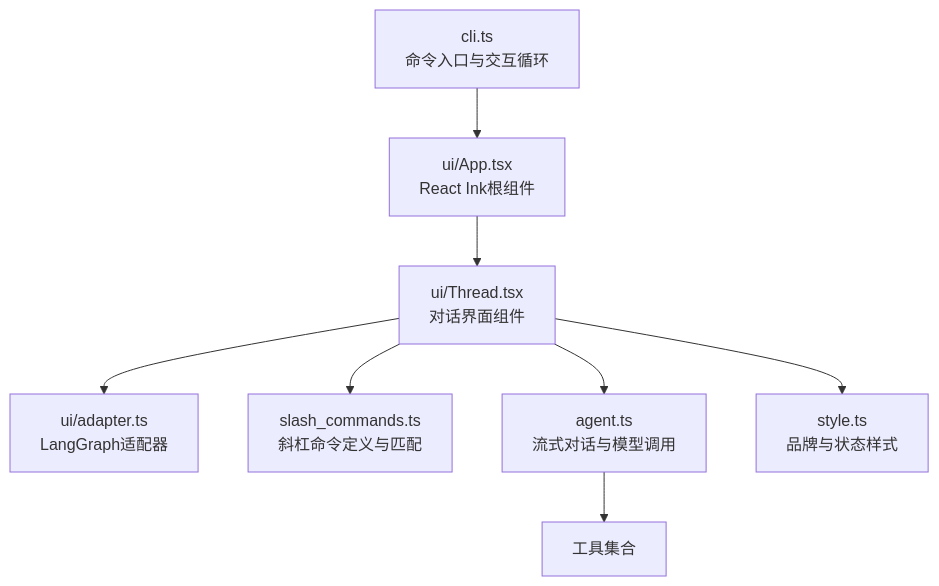
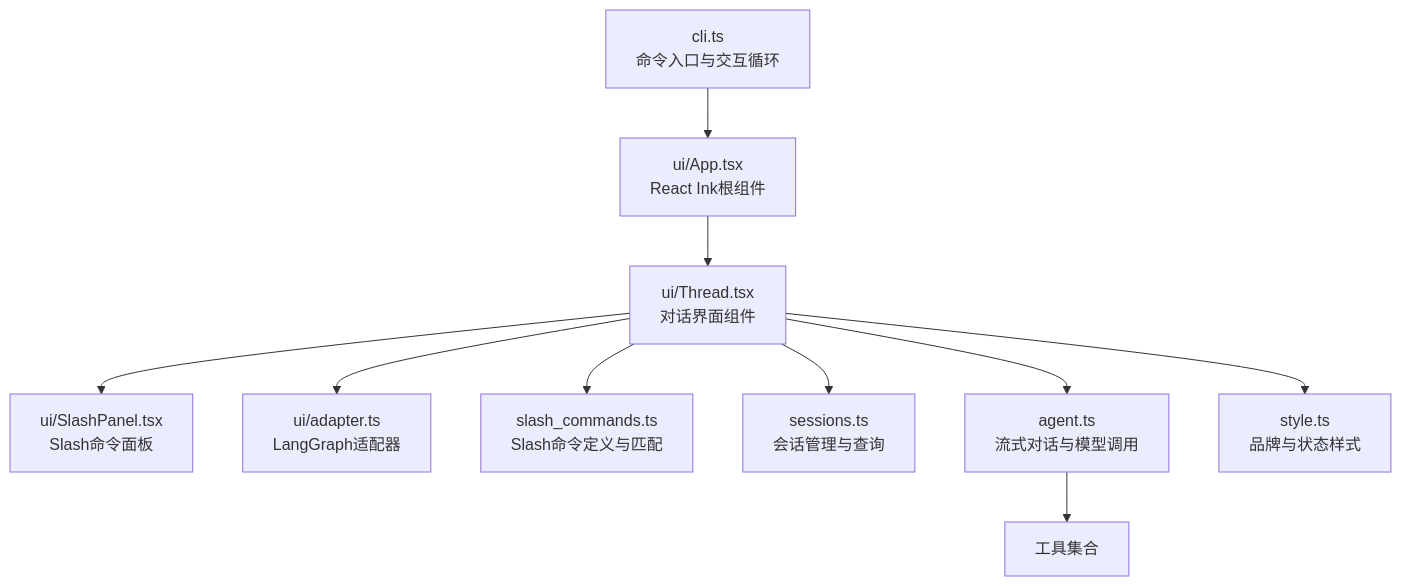
One commit to HAOFUYANG/onion-code changed the first of 3 diagrams in .qoder/repowiki/zh/content/CLI 界面.md. Above: the diagram before and after it, drawn with Mermaid. The commit also changed other lines of this file and 29 other files, not shown here.

````diff
--- a/.qoder/repowiki/zh/content/CLI 界面.md
+++ b/.qoder/repowiki/zh/content/CLI 界面.md
@@ -50,10 +56,12 @@
 ```mermaid
 graph TB
 CLI["cli.ts<br/>命令入口与交互循环"] --> APP["ui/App.tsx<br/>React Ink根组件"]
 APP --> THREAD["ui/Thread.tsx<br/>对话界面组件"]
+THREAD --> SLASHPANEL["ui/SlashPanel.tsx<br/>Slash命令面板"]
 THREAD --> ADAPTER["ui/adapter.ts<br/>LangGraph适配器"]
-THREAD --> SLASH["slash_commands.ts<br/>斜杠命令定义与匹配"]
+THREAD --> SLASH["slash_commands.ts<br/>Slash命令定义与匹配"]
+THREAD --> SESSIONS["sessions.ts<br/>会话管理与查询"]
 THREAD --> AGENT["agent.ts<br/>流式对话与模型调用"]
 THREAD --> STYLE["style.ts<br/>品牌与状态样式"]
 AGENT --> TOOLS["工具集合"]
 ```
````
